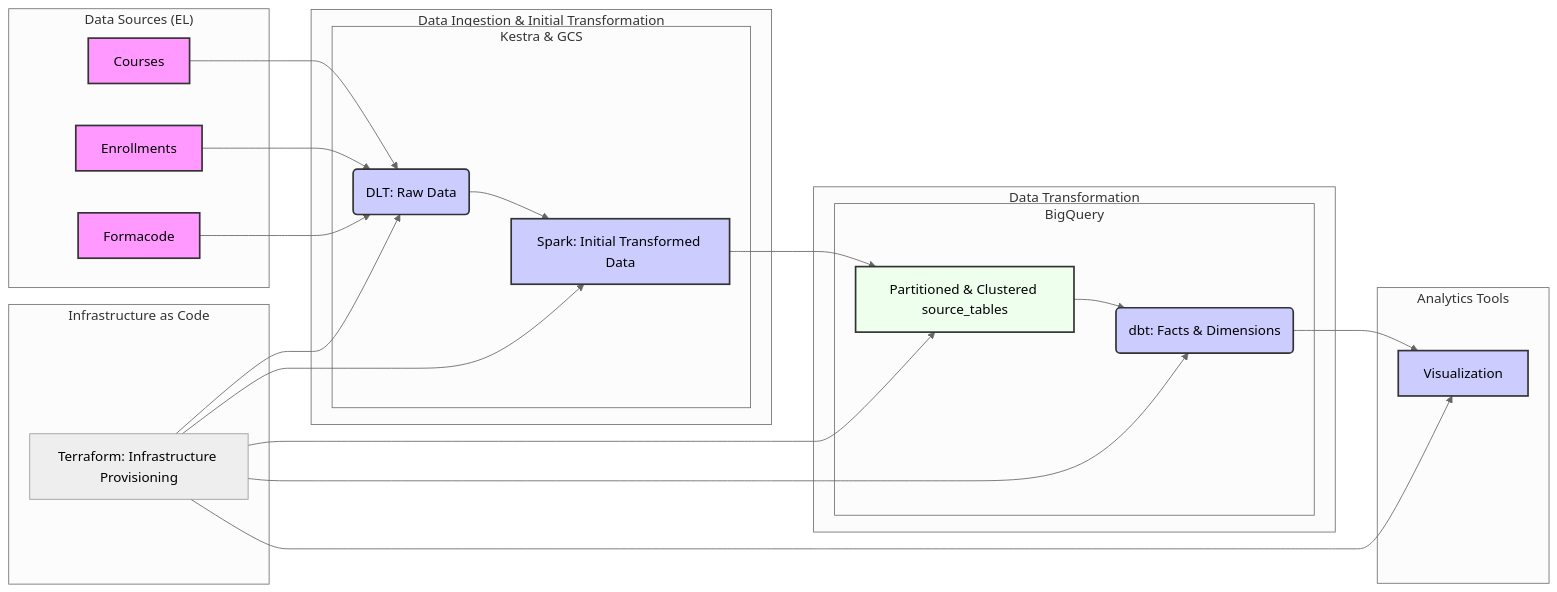
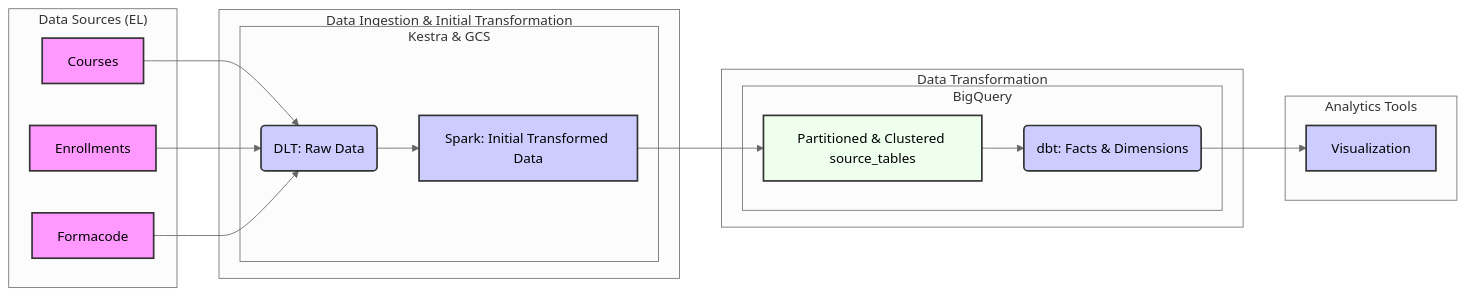
The diagram in README.md (jugnuarora/DataTalks-de-zoomcamp-project), drawn with Mermaid (neutral theme) before and after one commit. The commit also changed other lines of this file, not shown here.

Commit message:
IaC implementation

````diff
--- a/README.md
+++ b/README.md
@@ -46,46 +49,37 @@
 ```mermaid
 graph LR
     subgraph "Data Sources (EL)"
         A[Courses]
         B[Enrollments]
         C[Formacode]
     end
 
     subgraph "Data Ingestion & Initial Transformation"
         subgraph "Kestra & GCS"
             A --> D(DLT: Raw Data)
             B --> D
             C --> D
             D --> E[Spark: Initial Transformed Data]
         end
     end
 
     subgraph "Data Transformation"
         subgraph "BigQuery"
             E --> F[Partitioned & Clustered source_tables]
             F --> G(dbt: Facts & Dimensions)
         end
     end
 
     subgraph "Analytics Tools"
         G --> H[Visualization]
     end
 
-    subgraph "Infrastructure as Code"
-        I[Terraform: Infrastructure Provisioning]
-        I --> D
-        I --> E
-        I --> F
-        I --> G
-        I --> H
-    end
-
     style A fill:#f9f,stroke:#333,stroke-width:2px,color:#000;
     style B fill:#f9f,stroke:#333,stroke-width:2px,color:#000;
     style C fill:#f9f,stroke:#333,stroke-width:2px,color:#000;
     style D fill:#ccf,stroke:#333,stroke-width:2px,color:#000;
     style E fill:#ccf,stroke:#333,stroke-width:2px,color:#000;
     style F fill:#efe,stroke:#333,stroke-width:2px,color:#000;
     style G fill:#ccf,stroke:#333,stroke-width:2px,color:#000;
     style H fill:#ccf,stroke:#333,stroke-width:2px,color:#000;
 ```
````
